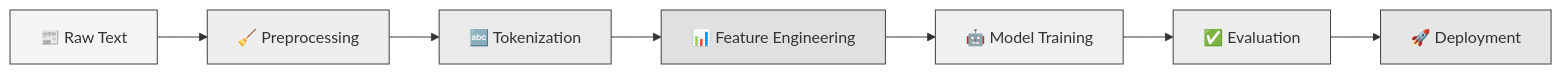
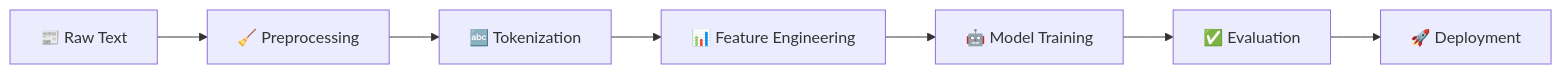
Before and after one commit to 24pwai0032-gif/News-Category-Classification-Pipeline: the diagram in README.md, drawn with Mermaid.

Commit message:
Remove node styles from training diagram
Removed styling for nodes in the model training diagram.

````diff
--- a/README.md
+++ b/README.md
@@ -185,19 +185,10 @@
 ```mermaid
 graph LR
     A[📰 Raw Text] --> B[🧹 Preprocessing]
     B --> C[🔤 Tokenization]
     C --> D[📊 Feature Engineering]
     D --> E[🤖 Model Training]
     E --> F[✅ Evaluation]
     F --> G[🚀 Deployment]
     
-  style A fill:#f5f5f5,stroke:#424242
-style B fill:#eeeeee,stroke:#424242
-style C fill:#eaeaea,stroke:#424242
-style D fill:#e0e0e0,stroke:#424242
-style E fill:#f0f0f0,stroke:#424242
-style F fill:#ededed,stroke:#424242
-style G fill:#e6e6e6,stroke:#424242
-
-
 ```
````
